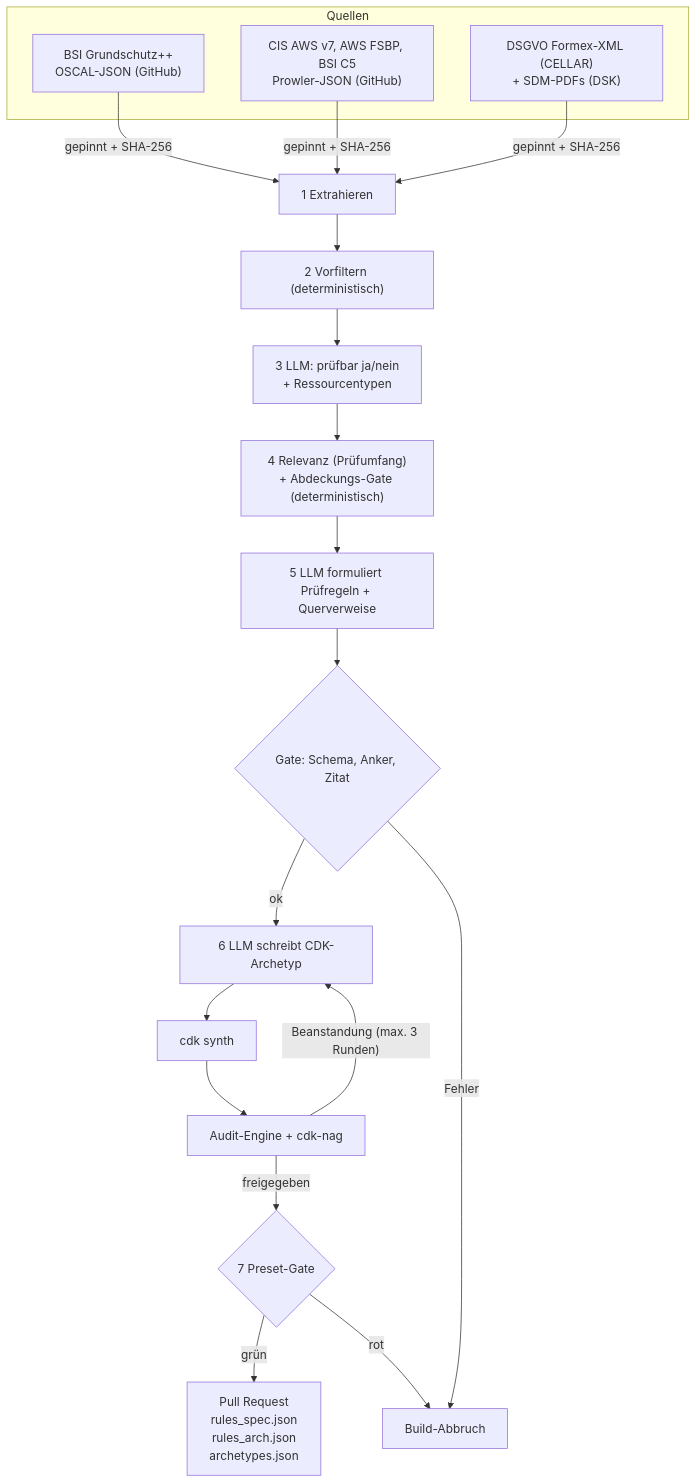
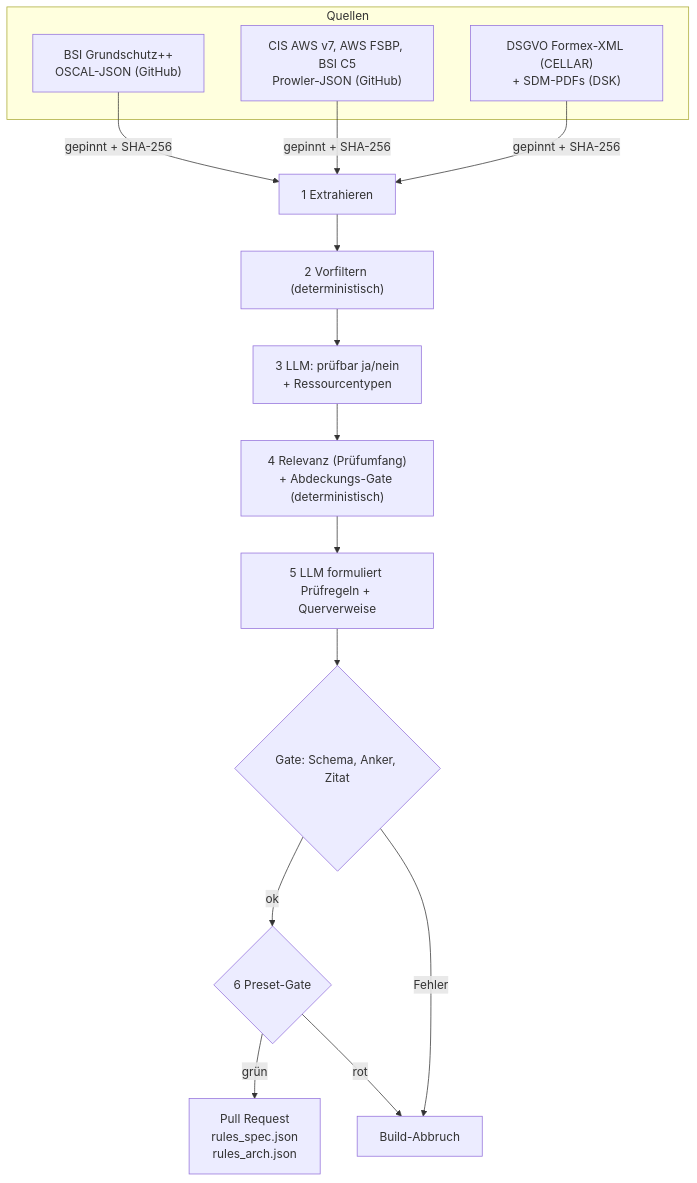
One commit to Daniel74/GovGuard changed the first of 4 diagrams in docs/ARCHITECTURE.md. Above: the diagram before and after it, drawn with Mermaid. The commit also changed other lines of this file and 8 other files, not shown here.

````diff
--- a/docs/ARCHITECTURE.md
+++ b/docs/ARCHITECTURE.md
@@ -21,22 +21,18 @@
 ```mermaid
 flowchart TD
   subgraph Q[Quellen]
     BSI["BSI Grundschutz++<br/>OSCAL-JSON (GitHub)"]
     CIS["CIS AWS v7, AWS FSBP, BSI C5<br/>Prowler-JSON (GitHub)"]
     DS["DSGVO Formex-XML (CELLAR)<br/>+ SDM-PDFs (DSK)"]
   end
   BSI & CIS & DS -->|"gepinnt + SHA-256"| E["1 Extrahieren"]
   E --> F["2 Vorfiltern (deterministisch)"]
   F --> K["3 LLM: prüfbar ja/nein<br/>+ Ressourcentypen"]
   K --> R["4 Relevanz (Prüfumfang)<br/>+ Abdeckungs-Gate (deterministisch)"]
   R --> P["5 LLM formuliert Prüfregeln + Querverweise"]
   P --> G1{"Gate: Schema, Anker, Zitat"}
-  G1 -->|ok| A["6 LLM schreibt CDK-Archetyp"]
-  A --> S["cdk synth"]
-  S --> AE["Audit-Engine + cdk-nag"]
-  AE -->|"Beanstandung (max. 3 Runden)"| A
-  AE -->|freigegeben| PR{"7 Preset-Gate"}
-  PR -->|grün| KB["Pull Request<br/>rules_spec.json<br/>rules_arch.json<br/>archetypes.json"]
+  G1 -->|ok| PR{"6 Preset-Gate"}
+  PR -->|grün| KB["Pull Request<br/>rules_spec.json<br/>rules_arch.json"]
   G1 -->|Fehler| X["Build-Abbruch"]
   PR -->|rot| X
 ```
````
